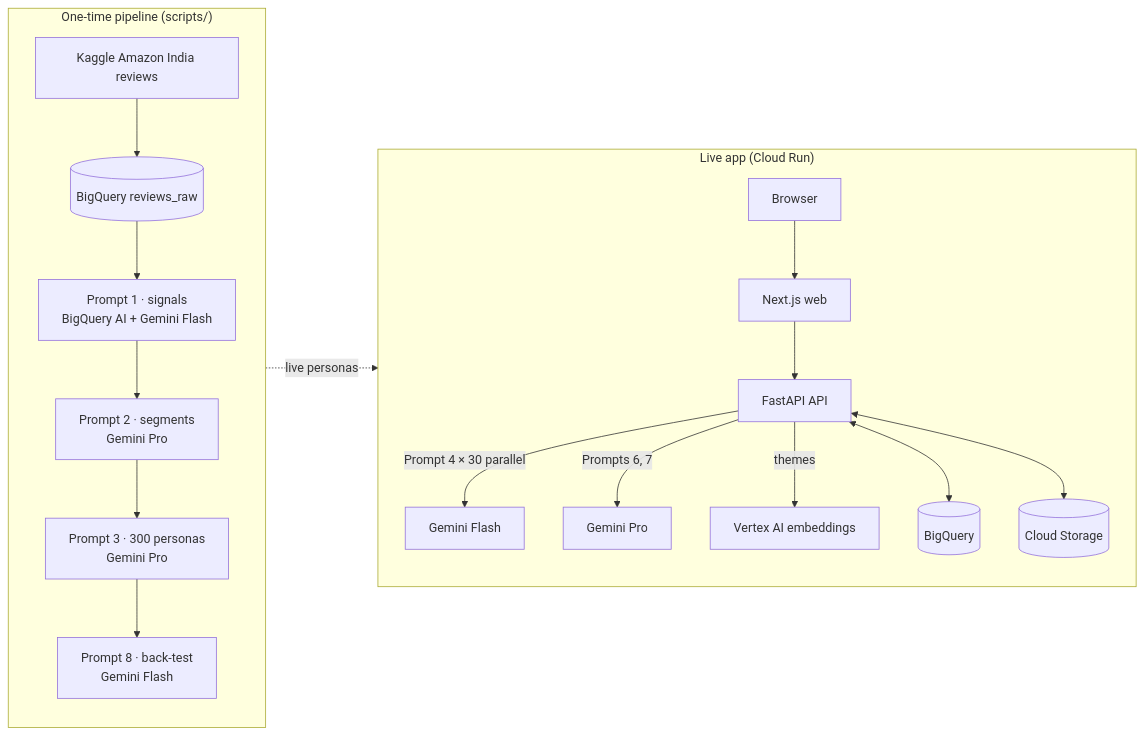
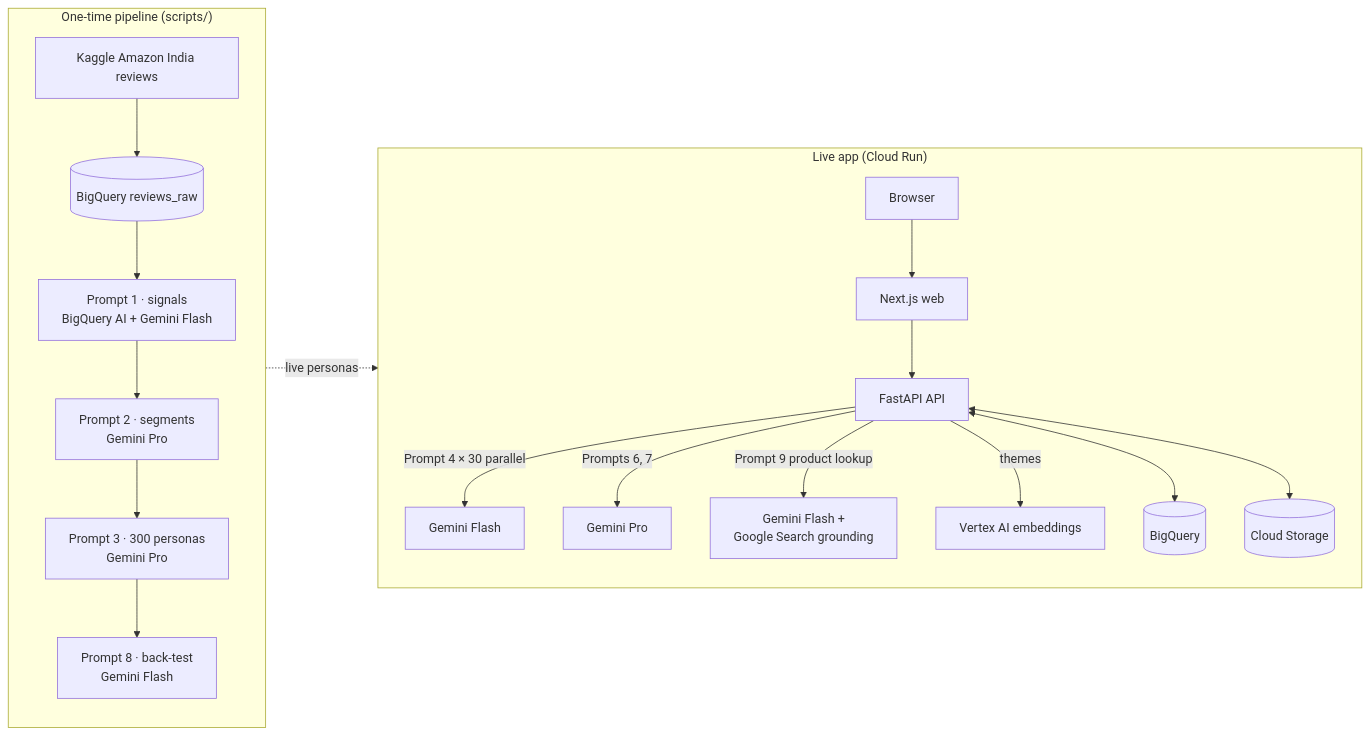
One commit to vipin-softway/PersonaPulse changed the diagram in README.md. Above: the diagram before and after it, drawn with Mermaid. The commit also changed other lines of this file and 14 other files, not shown here.

Commit message:
Fill from the web (Prompt 9: Gemini + Google Search grounding), panel price-range warning, laptop/phone keywords

````diff
--- a/README.md
+++ b/README.md
@@ -56,22 +58,23 @@
 ```mermaid
 flowchart LR
   subgraph PIPE["One-time pipeline (scripts/)"]
     direction TB
     K["Kaggle Amazon India reviews"] --> RR[("BigQuery reviews_raw")]
     RR --> P1["Prompt 1 · signals<br/>BigQuery AI + Gemini Flash"]
     P1 --> P2["Prompt 2 · segments<br/>Gemini Pro"]
     P2 --> P3["Prompt 3 · 300 personas<br/>Gemini Pro"]
     P3 --> P8["Prompt 8 · back-test<br/>Gemini Flash"]
   end
   subgraph LIVE["Live app (Cloud Run)"]
     direction TB
     U["Browser"] --> W["Next.js web"]
     W --> A["FastAPI API"]
     A -->|"Prompt 4 × 30 parallel"| GF["Gemini Flash"]
     A -->|"Prompts 6, 7"| GP["Gemini Pro"]
+    A -->|"Prompt 9 product lookup"| GS["Gemini Flash +<br/>Google Search grounding"]
     A -->|"themes"| EM["Vertex AI embeddings"]
     A <--> BQ[("BigQuery")]
     A <--> GCS[("Cloud Storage")]
   end
   P3 -. "live personas" .-> A
 ```
````
